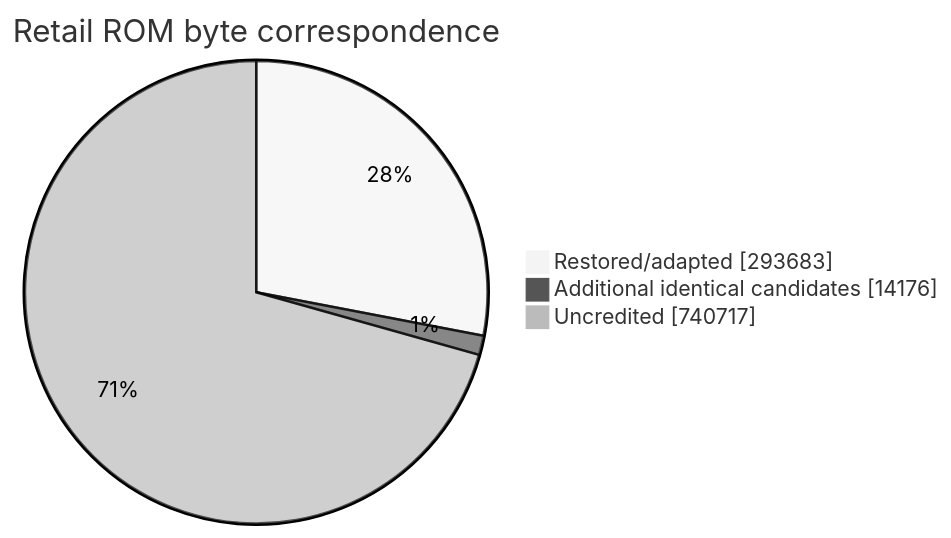
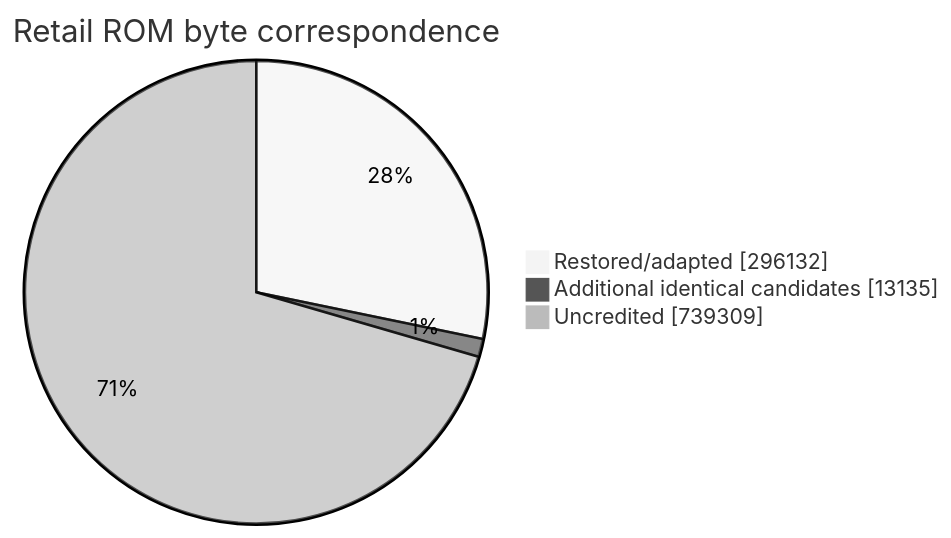
The second of 2 diagrams in readme.md (NachtRaveVL/stuntracefx), drawn with Mermaid (neutral theme) before and after one commit. The commit also changed other lines of this file and 10 other files, not shown here.

````diff
--- a/readme.md
+++ b/readme.md
@@ -110,7 +110,7 @@
 ```mermaid
 pie showData
     title Retail ROM byte correspondence
-    "Restored/adapted" : 293683
-    "Additional identical candidates" : 14176
-    "Uncredited" : 740717
+    "Restored/adapted" : 296132
+    "Additional identical candidates" : 13135
+    "Uncredited" : 739309
 ```
````
